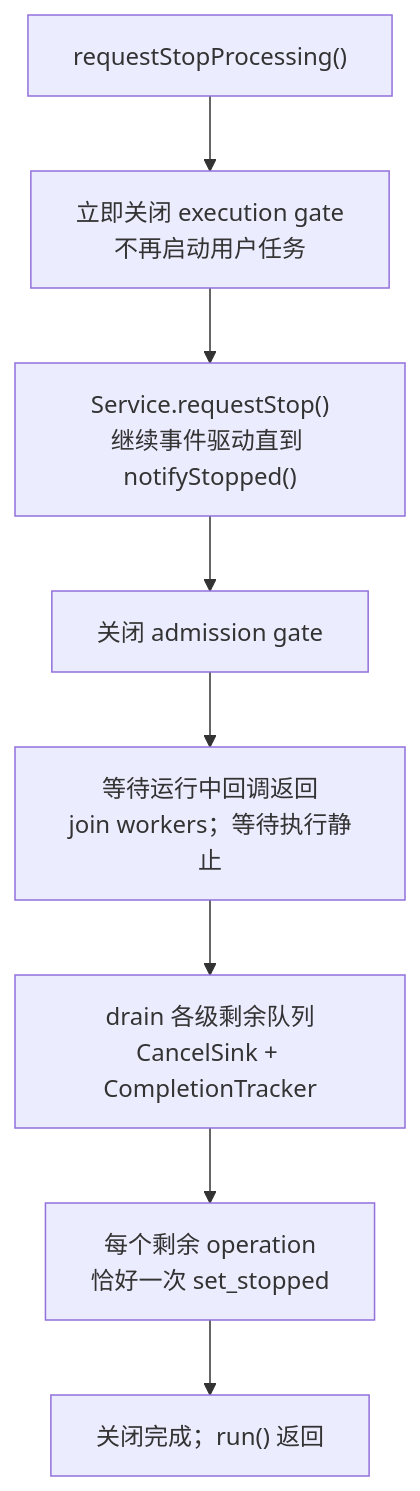
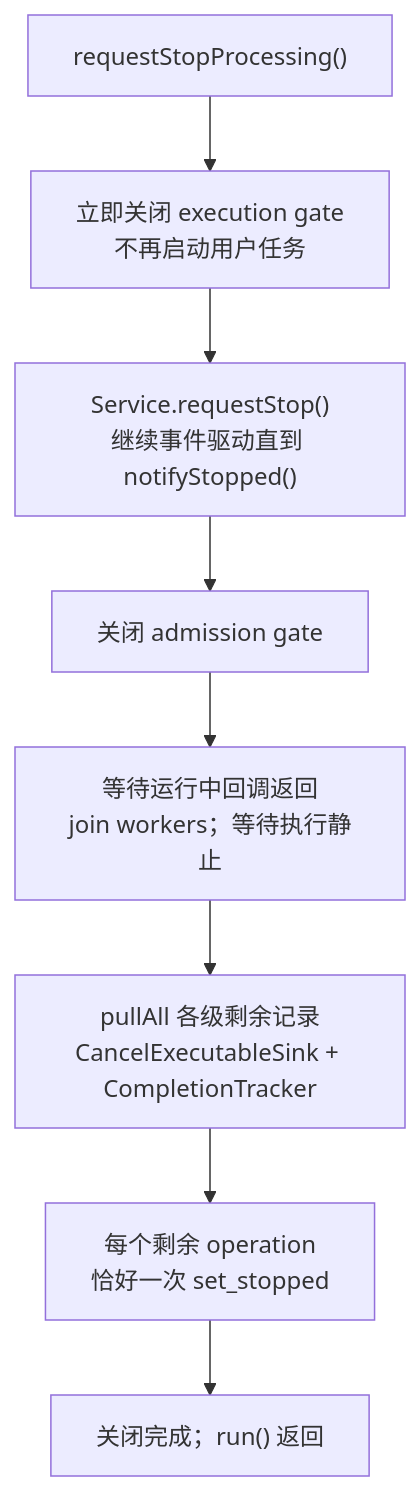
One commit to mmmmmcree/async changed the seventh of 7 diagrams in CORE_ARCHITECTURE.md. Above: the diagram before and after it, drawn with Mermaid. The commit also changed other lines of this file and 20 other files, not shown here.

````diff
--- a/CORE_ARCHITECTURE.md
+++ b/CORE_ARCHITECTURE.md
@@ -123,11 +131,11 @@
 ```mermaid
 flowchart TB
     stop["requestStopProcessing()"]
     stop --> gate["立即关闭 execution gate<br/>不再启动用户任务"]
     gate --> services["Service.requestStop()<br/>继续事件驱动直到 notifyStopped()"]
     services --> admission["关闭 admission gate"]
     admission --> quiescent["等待运行中回调返回<br/>join workers；等待执行静止"]
-    quiescent --> cancel["drain 各级剩余队列<br/>CancelSink + CompletionTracker"]
+    quiescent --> cancel["pullAll 各级剩余记录<br/>CancelExecutableSink + CompletionTracker"]
     cancel --> completion["每个剩余 operation<br/>恰好一次 set_stopped"]
     completion --> done["关闭完成；run() 返回"]
 ```
````
